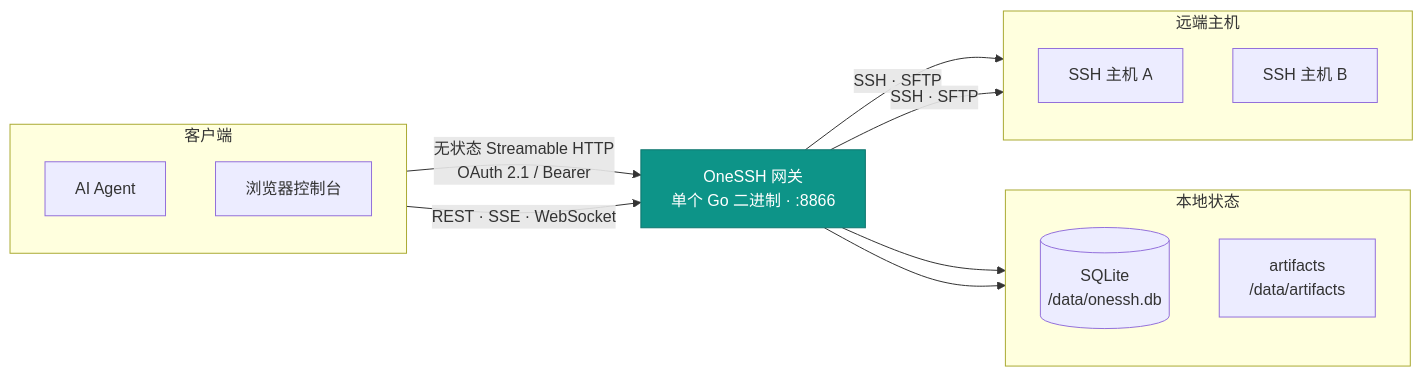
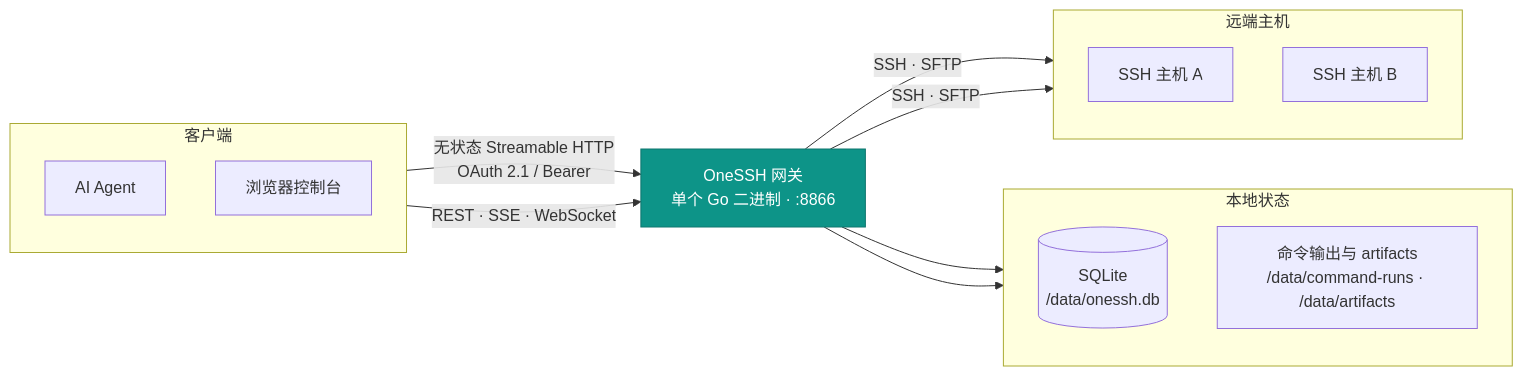
The diagram in README.md (Lynricsy/OneSSH), drawn with Mermaid before and after one commit. The commit also changed other lines of this file and 33 other files, not shown here.

````diff
--- a/README.md
+++ b/README.md
@@ -76,32 +76,32 @@
 ```mermaid
 flowchart LR
     subgraph clients["客户端"]
         direction TB
         Agent["AI Agent"]
         Browser["浏览器控制台"]
     end
 
     Gateway["OneSSH 网关<br/>单个 Go 二进制 · :8866"]
 
     subgraph state["本地状态"]
         direction TB
         DB[("SQLite<br/>/data/onessh.db")]
-        Art["artifacts<br/>/data/artifacts"]
+        Art["命令输出与 artifacts<br/>/data/command-runs · /data/artifacts"]
     end
 
     subgraph remote["远端主机"]
         direction TB
         H1["SSH 主机 A"]
         H2["SSH 主机 B"]
     end
 
     Agent -->|"无状态 Streamable HTTP<br/>OAuth 2.1 / Bearer"| Gateway
     Browser -->|"REST · SSE · WebSocket"| Gateway
     Gateway --> DB
     Gateway --> Art
     Gateway -->|"SSH · SFTP"| H1
     Gateway -->|"SSH · SFTP"| H2
 
     classDef gw fill:#0d9488,stroke:#0f766e,color:#ffffff
     class Gateway gw
 ```
````
